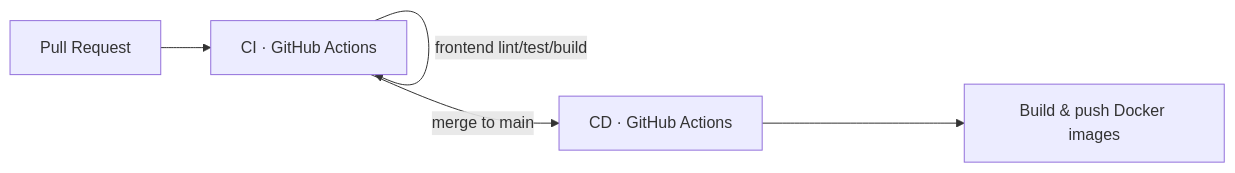
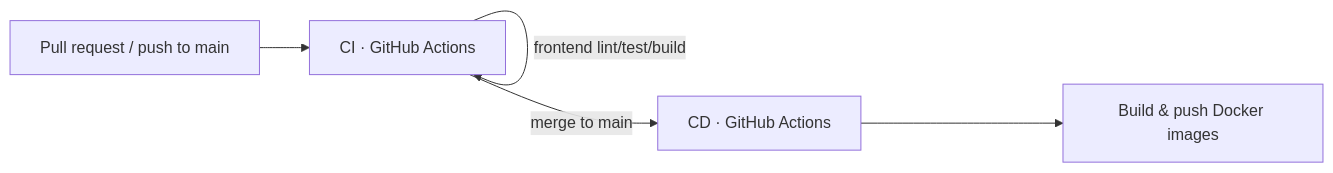
The sixth of 6 diagrams in docs/ARCHITECTURE.md (UKBey/TicketSystem), drawn with Mermaid before and after one commit. The commit also changed other lines of this file and 6 other files, not shown here.

````diff
--- a/docs/ARCHITECTURE.md
+++ b/docs/ARCHITECTURE.md
@@ -356,9 +354,9 @@
 ```mermaid
 flowchart LR
-    pr[Pull Request] --> ci[CI · GitHub Actions]
+    pr[Pull request / push to main] --> ci[CI · GitHub Actions]
     ci -->|backend verify| ci
     ci -->|llm-service build| ci
     ci -->|frontend lint/test/build| ci
     ci -->|merge to main| cd[CD · GitHub Actions]
     cd --> hub[Build & push Docker images]
 ```
````
